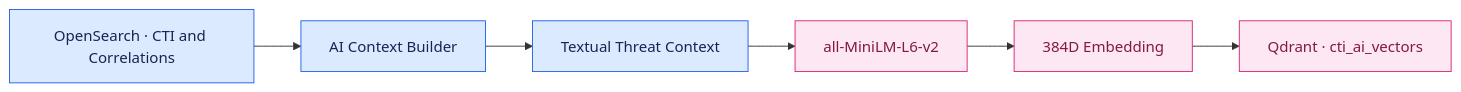
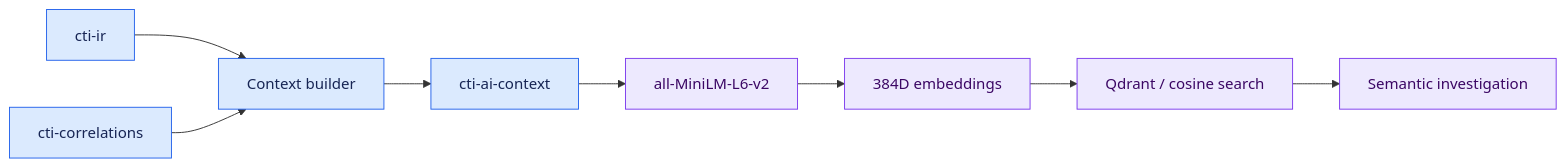
One commit to aminemaouhoub1312/ShadowScope-AM changed the second of 4 diagrams in README.md. Above: the diagram before and after it, drawn with Mermaid. The commit also changed other lines of this file, not shown here.

````diff
--- a/README.md
+++ b/README.md
@@ -324,12 +174,14 @@
 ```mermaid
 flowchart LR
-    A["OpenSearch · CTI and Correlations"] --> B["AI Context Builder"]
-    B --> C["Textual Threat Context"]
-    C --> D["all-MiniLM-L6-v2"]
-    D --> E["384D Embedding"]
-    E --> F["Qdrant · cti_ai_vectors"]
-    classDef data fill:#DBEAFE,stroke:#2563EB,color:#172554;
-    classDef vector fill:#FCE7F3,stroke:#DB2777,color:#831843;
-    class A,B,C data;
-    class D,E,F vector;
+  A["cti-ir"] --> C["Context builder"]
+  B["cti-correlations"] --> C
+  C --> D["cti-ai-context"]
+  D --> E["all-MiniLM-L6-v2"]
+  E --> F["384D embeddings"]
+  F --> G["Qdrant / cosine search"]
+  G --> H["Semantic investigation"]
+  classDef ct fill:#DBEAFE,stroke:#2563EB,color:#172554;
+  classDef se fill:#EDE9FE,stroke:#7C3AED,color:#3B0764;
+  class A,B,C,D ct;
+  class E,F,G,H se;
 ```
````
